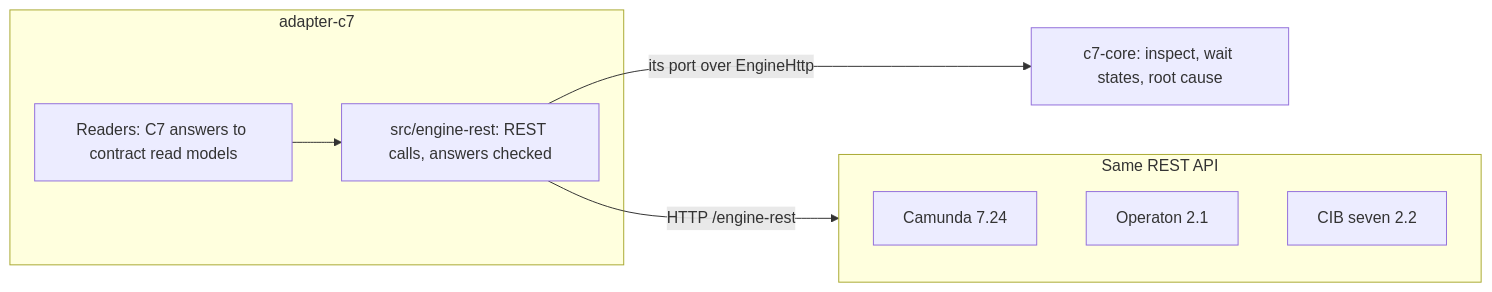
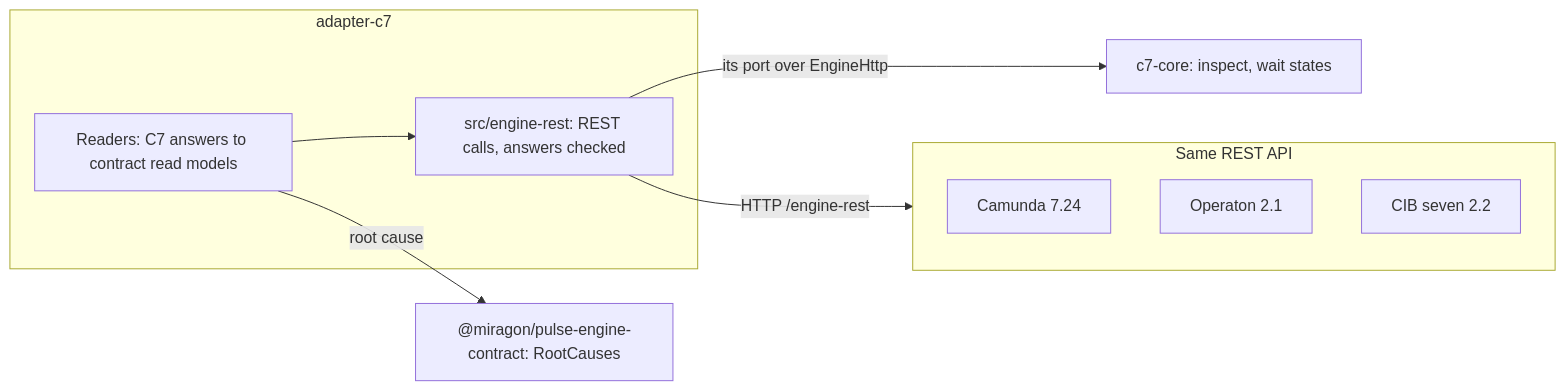
One commit to Miragon/pulse changed the fourth of 7 diagrams in apps/vscode/docs/architecture-overview.md. Above: the diagram before and after it, drawn with Mermaid. The commit also changed 33 other files, not shown here.

````diff
--- a/apps/vscode/docs/architecture-overview.md
+++ b/apps/vscode/docs/architecture-overview.md
@@ -163,16 +163,18 @@
 ```mermaid
 flowchart LR
   subgraph adapter [adapter-c7]
     readers[Readers: C7 answers to contract read models]
     rest[src/engine-rest: REST calls, answers checked]
   end
-  core["c7-core: inspect, wait states, root cause"]
+  core["c7-core: inspect, wait states"]
+  rules["@miragon/pulse-engine-contract: RootCauses"]
   subgraph family [Same REST API]
     camunda7[Camunda 7.24]
     operaton[Operaton 2.1]
     cibseven[CIB seven 2.2]
   end
   readers --> rest
+  readers -- root cause --> rules
   rest -- its port over EngineHttp --> core
   rest -- HTTP /engine-rest --> family
 ```
````
